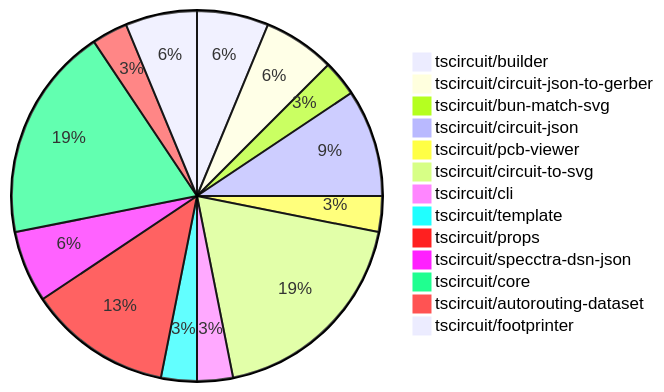
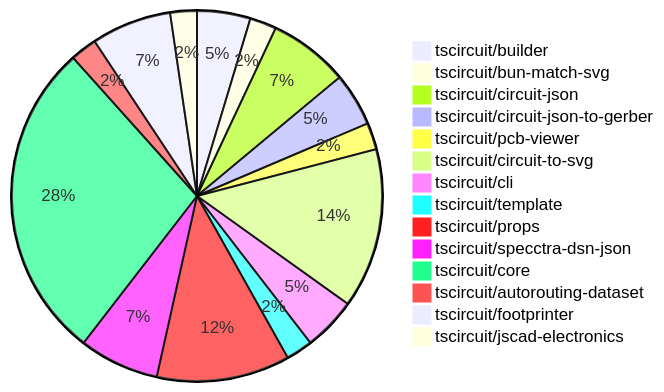
The diagram in README.md (tscircuit/contribution-tracker), drawn with Mermaid before and after one commit. The commit also changed other lines of this file and 1 other file, not shown here.

````diff
--- a/README.md
+++ b/README.md
@@ -24,16 +24,17 @@
 ```mermaid
 pie
     "tscircuit/builder" : 2
-    "tscircuit/circuit-json-to-gerber" : 2
     "tscircuit/bun-match-svg" : 1
     "tscircuit/circuit-json" : 3
+    "tscircuit/circuit-json-to-gerber" : 2
     "tscircuit/pcb-viewer" : 1
     "tscircuit/circuit-to-svg" : 6
-    "tscircuit/cli" : 1
+    "tscircuit/cli" : 2
     "tscircuit/template" : 1
-    "tscircuit/props" : 4
-    "tscircuit/specctra-dsn-json" : 2
-    "tscircuit/core" : 6
+    "tscircuit/props" : 5
+    "tscircuit/specctra-dsn-json" : 3
+    "tscircuit/core" : 12
     "tscircuit/autorouting-dataset" : 1
-    "tscircuit/footprinter" : 2
+    "tscircuit/footprinter" : 3
+    "tscircuit/jscad-electronics" : 1
 ```
````
